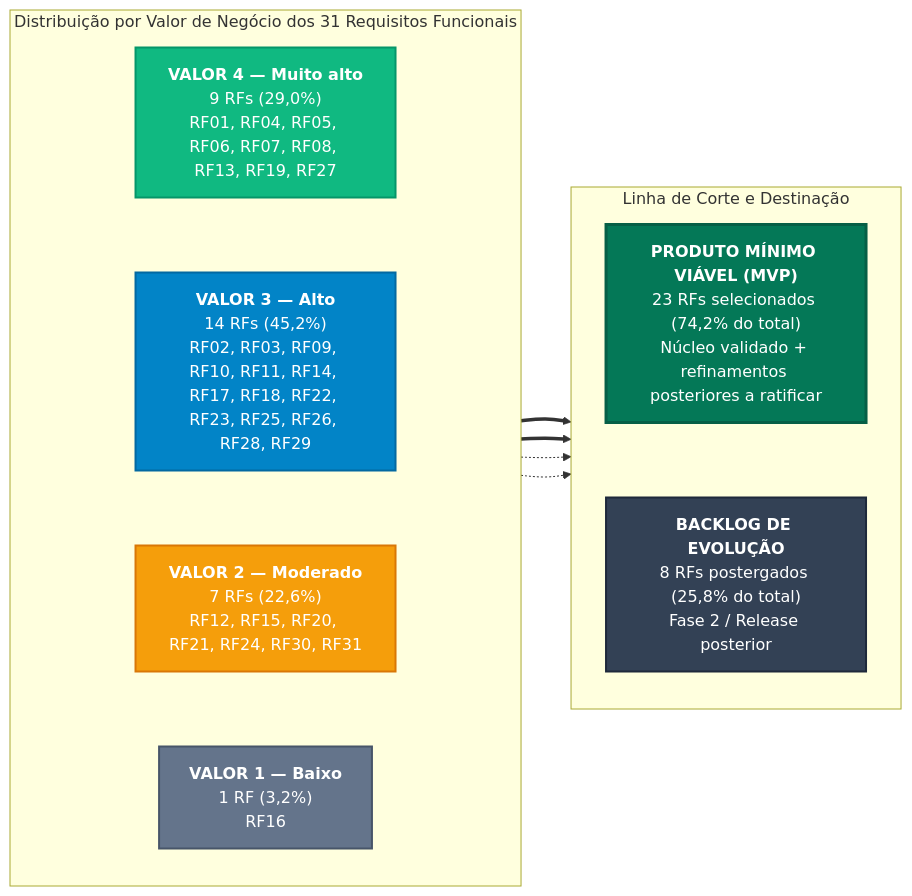
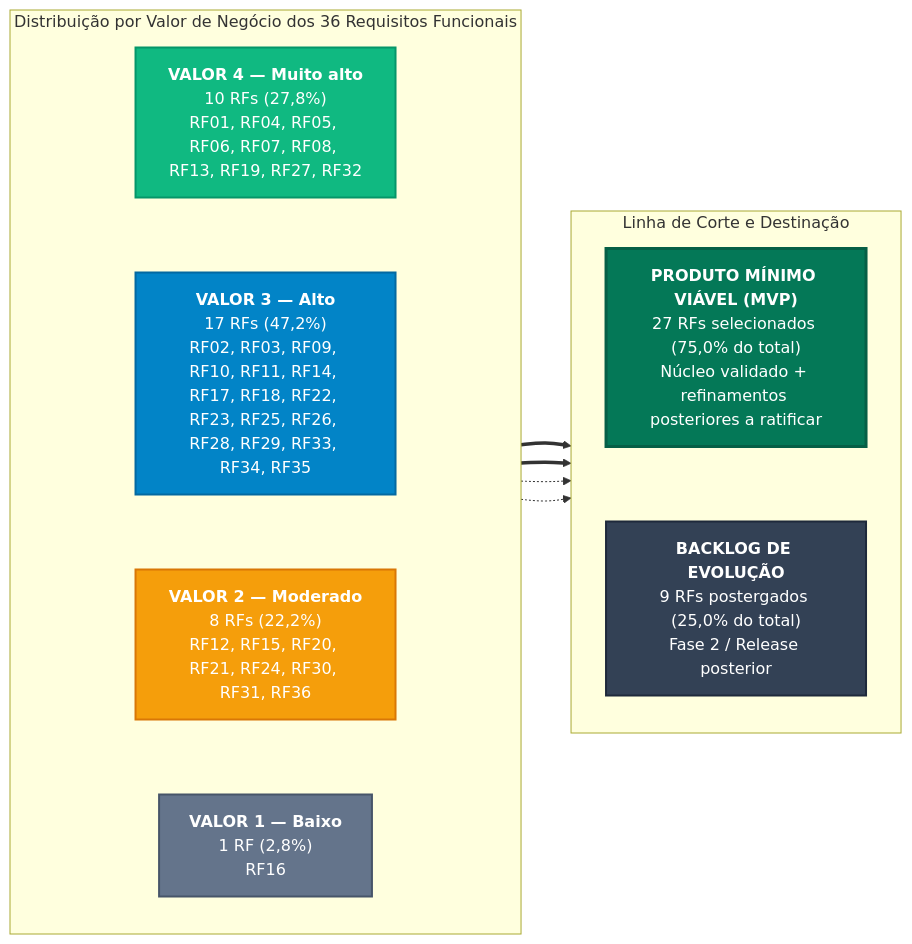
Before and after one commit to mdsreq-fga-unb/REQ-2026.2-T01-DUOC-Finance: the first of 2 diagrams in docs/requisitos/priorizacao.md, drawn with Mermaid. The commit also changed other lines of this file and 4 other files, not shown here.

Commit message:
docs(req): saneamento e ajustes decorrentes da revisao por pares dos requisitos

````diff
--- a/docs/requisitos/priorizacao.md
+++ b/docs/requisitos/priorizacao.md
@@ -80,39 +80,39 @@
 ```mermaid
 flowchart LR
-    subgraph NIVEIS["Distribuição por Valor de Negócio dos 31 Requisitos Funcionais"]
+    subgraph NIVEIS["Distribuição por Valor de Negócio dos 36 Requisitos Funcionais"]
         direction TB
-        V4["<b>VALOR 4 — Muito alto</b><br>9 RFs (29,0%)<br>RF01, RF04, RF05, RF06, RF07, RF08, RF13, RF19, RF27"]
-        V3["<b>VALOR 3 — Alto</b><br>14 RFs (45,2%)<br>RF02, RF03, RF09, RF10, RF11, RF14, RF17, RF18, RF22, RF23, RF25, RF26, RF28, RF29"]
-        V2["<b>VALOR 2 — Moderado</b><br>7 RFs (22,6%)<br>RF12, RF15, RF20, RF21, RF24, RF30, RF31"]
-        V1["<b>VALOR 1 — Baixo</b><br>1 RF (3,2%)<br>RF16"]
+        V4["<b>VALOR 4 — Muito alto</b><br>10 RFs (27,8%)<br>RF01, RF04, RF05, RF06, RF07, RF08, RF13, RF19, RF27, RF32"]
+        V3["<b>VALOR 3 — Alto</b><br>17 RFs (47,2%)<br>RF02, RF03, RF09, RF10, RF11, RF14, RF17, RF18, RF22, RF23, RF25, RF26, RF28, RF29, RF33, RF34, RF35"]
+        V2["<b>VALOR 2 — Moderado</b><br>8 RFs (22,2%)<br>RF12, RF15, RF20, RF21, RF24, RF30, RF31, RF36"]
+        V1["<b>VALOR 1 — Baixo</b><br>1 RF (2,8%)<br>RF16"]
         V4 ~~~ V3
         V3 ~~~ V2
         V2 ~~~ V1
     end
 
     subgraph DEST["Linha de Corte e Destinação"]
         direction TB
-        MVP["<b>PRODUTO MÍNIMO VIÁVEL (MVP)</b><br>23 RFs selecionados (74,2% do total)<br>Núcleo validado + refinamentos posteriores a ratificar"]
-        POST["<b>BACKLOG DE EVOLUÇÃO</b><br>8 RFs postergados (25,8% do total)<br>Fase 2 / Release posterior"]
+        MVP["<b>PRODUTO MÍNIMO VIÁVEL (MVP)</b><br>27 RFs selecionados (75,0% do total)<br>Núcleo validado + refinamentos posteriores a ratificar"]
+        POST["<b>BACKLOG DE EVOLUÇÃO</b><br>9 RFs postergados (25,0% do total)<br>Fase 2 / Release posterior"]
         MVP ~~~ POST
     end
 
     V4 ==> MVP
     V3 ==> MVP
     V2 -.-> POST
     V1 -.-> POST
 
     classDef v4Class fill:#10b981,stroke:#059669,stroke-width:2px,color:#ffffff;
     classDef v3Class fill:#0284c7,stroke:#0369a1,stroke-width:2px,color:#ffffff;
     classDef v2Class fill:#f59e0b,stroke:#d97706,stroke-width:2px,color:#ffffff;
     classDef v1Class fill:#64748b,stroke:#475569,stroke-width:2px,color:#ffffff;
     classDef mvpClass fill:#047857,stroke:#065f46,stroke-width:3px,color:#ffffff;
     classDef postClass fill:#334155,stroke:#1e293b,stroke-width:2px,color:#ffffff;
 
     class V4 v4Class;
     class V3 v3Class;
     class V2 v2Class;
     class V1 v1Class;
     class MVP mvpClass;
     class POST postClass;
 ```
````
